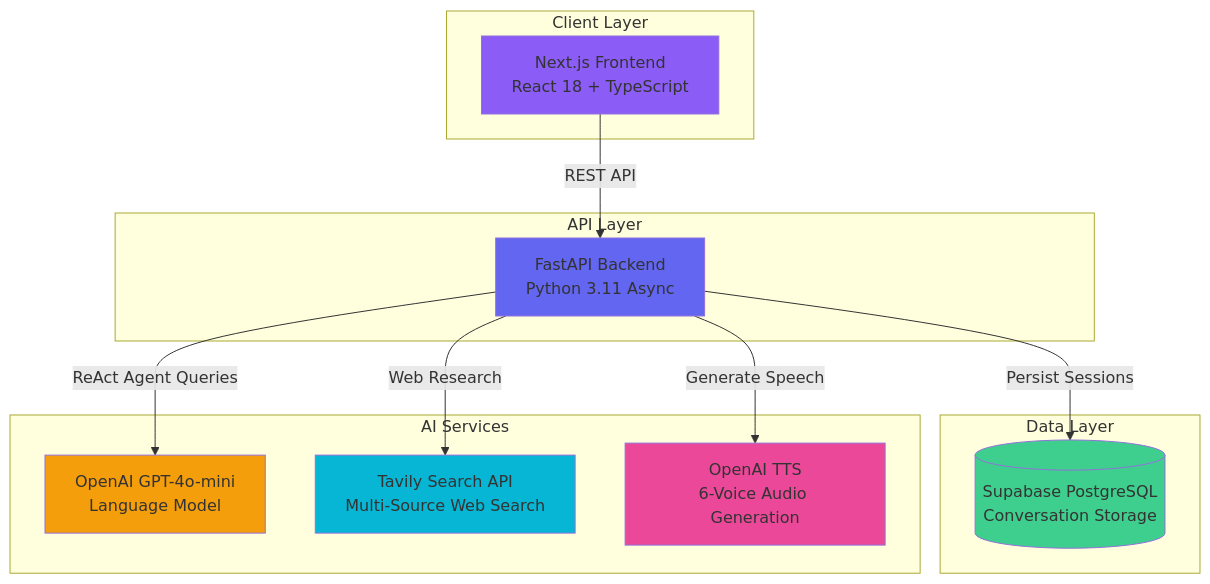
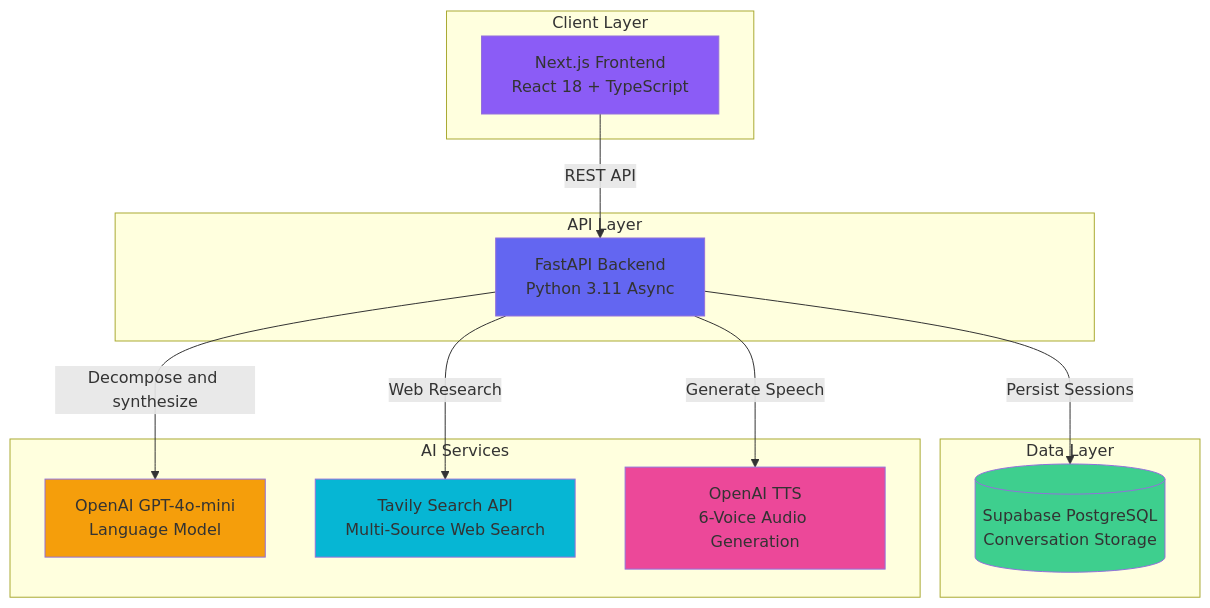
One commit to yasshh17/vettan-ai changed the diagram in README.md. Above: the diagram before and after it, drawn with Mermaid. The commit also changed other lines of this file, not shown here.

````diff
--- a/README.md
+++ b/README.md
@@ -117,33 +113,33 @@
 ```mermaid
 graph TB
     subgraph "Client Layer"
         Client[Next.js Frontend<br/>React 18 + TypeScript]
     end
     
     subgraph "API Layer"
         API[FastAPI Backend<br/>Python 3.11 Async]
     end
     
     subgraph "Data Layer"
         DB[(Supabase PostgreSQL<br/>Conversation Storage)]
     end
     
     subgraph "AI Services"
         LLM[OpenAI GPT-4o-mini<br/>Language Model]
         Search[Tavily Search API<br/>Multi-Source Web Search]
         TTS[OpenAI TTS<br/>6-Voice Audio Generation]
     end
     
     Client -->|REST API| API
-    API -->|ReAct Agent Queries| LLM
+    API -->|Decompose and synthesize| LLM
     API -->|Web Research| Search
     API -->|Persist Sessions| DB
     API -->|Generate Speech| TTS
     
     style Client fill:#8b5cf6
     style API fill:#6366f1
     style DB fill:#3ecf8e
     style LLM fill:#f59e0b
     style Search fill:#06b6d4
     style TTS fill:#ec4899
 ```
````
